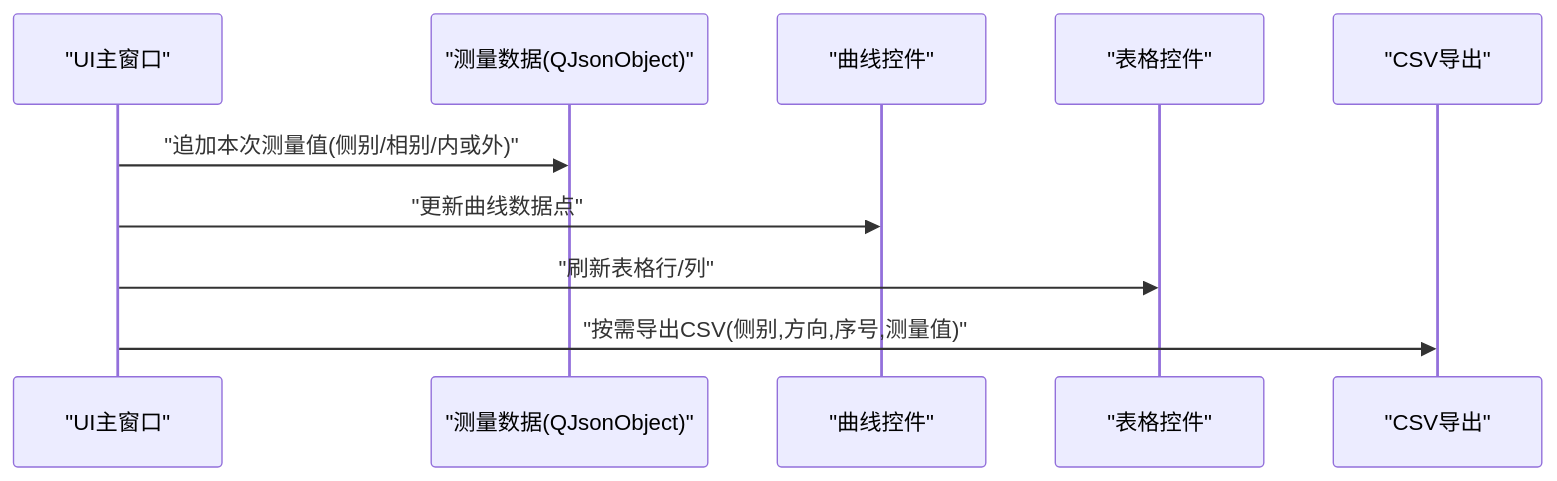
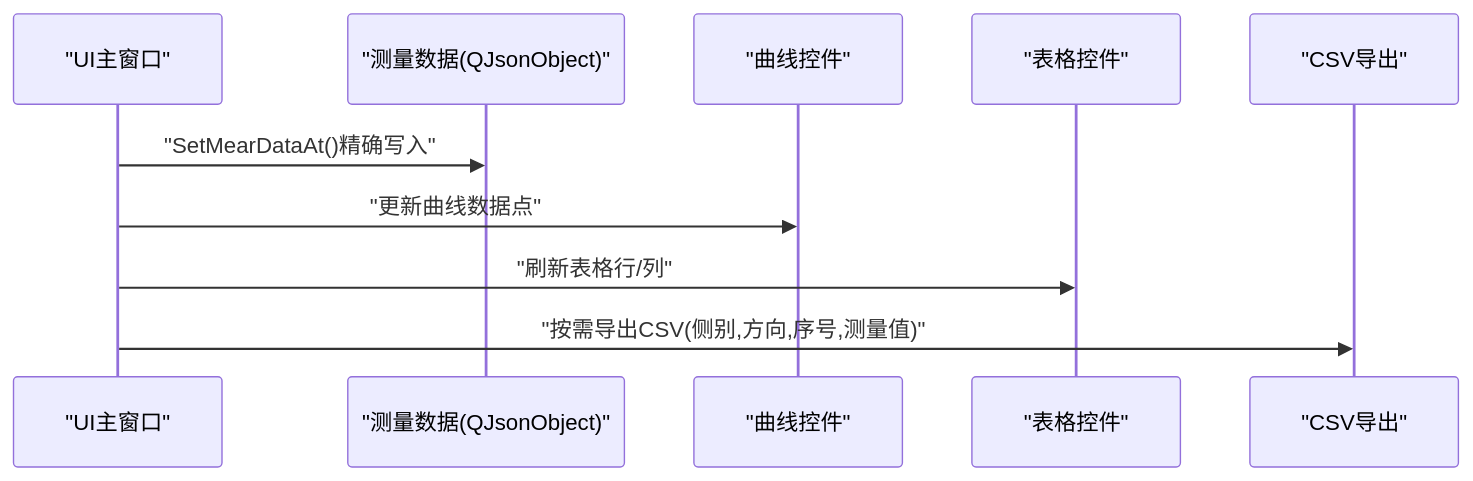
Before and after one commit to yangreest/Zero-value-Insulator-Robot-V2: the sixth of 9 diagrams in .qoder/repowiki/zh/content/用户手册/检测工作流程/检测执行阶段/测量结果处理.md, drawn with Mermaid. The commit also changed other lines of this file and 22 other files, not shown here.

````diff
--- a/.qoder/repowiki/zh/content/用户手册/检测工作流程/检测执行阶段/测量结果处理.md
+++ b/.qoder/repowiki/zh/content/用户手册/检测工作流程/检测执行阶段/测量结果处理.md
@@ -167,12 +221,12 @@
 ```mermaid
 sequenceDiagram
 participant UI as "UI主窗口"
 participant Data as "测量数据(QJsonObject)"
 participant Chart as "曲线控件"
 participant Table as "表格控件"
 participant CSV as "CSV导出"
-UI->>Data : "追加本次测量值(侧别/相别/内或外)"
+UI->>Data : "SetMearDataAt()精确写入"
 UI->>Chart : "更新曲线数据点"
 UI->>Table : "刷新表格行/列"
 UI->>CSV : "按需导出CSV(侧别,方向,序号,测量值)"
 ```
````
